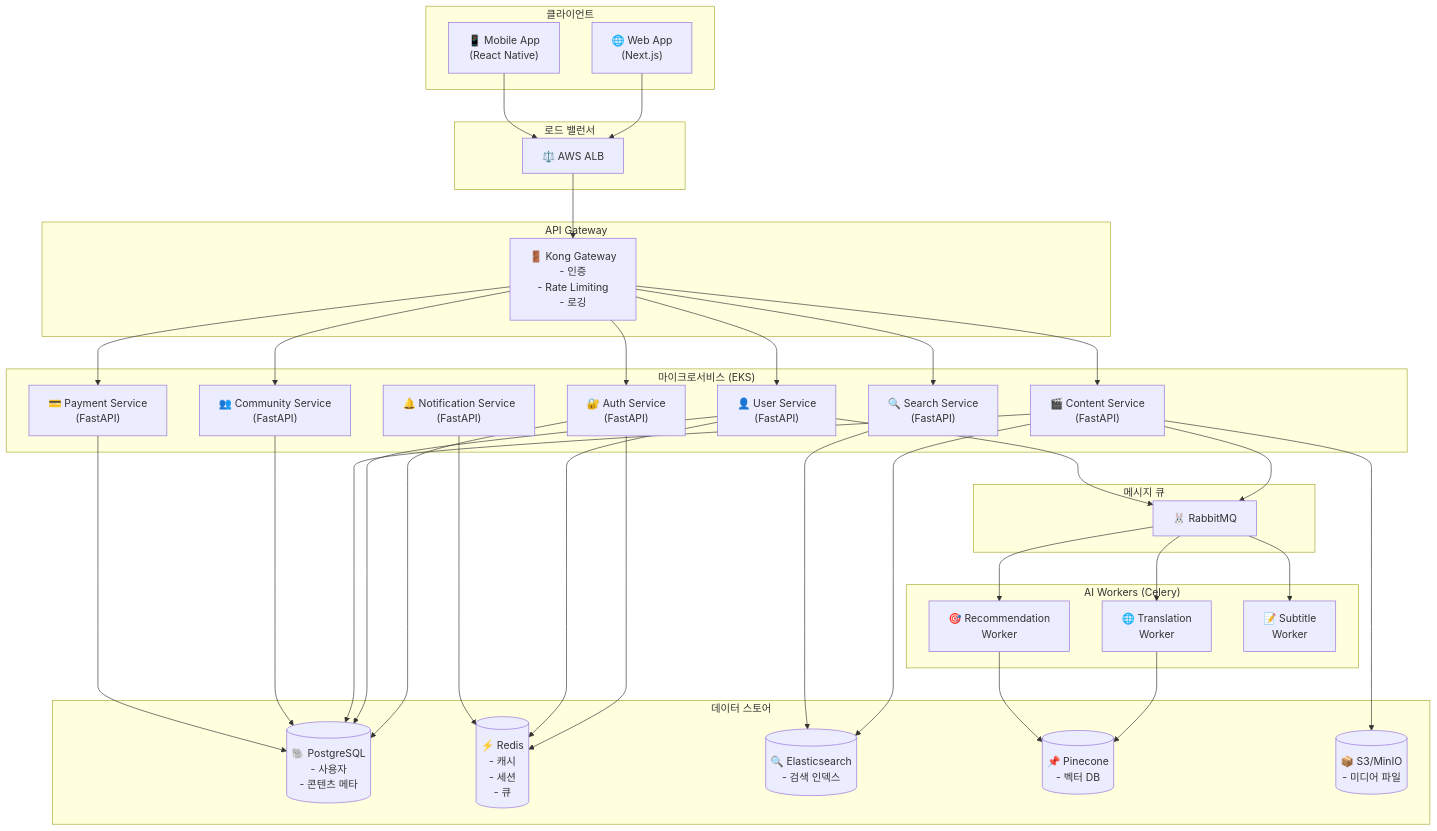
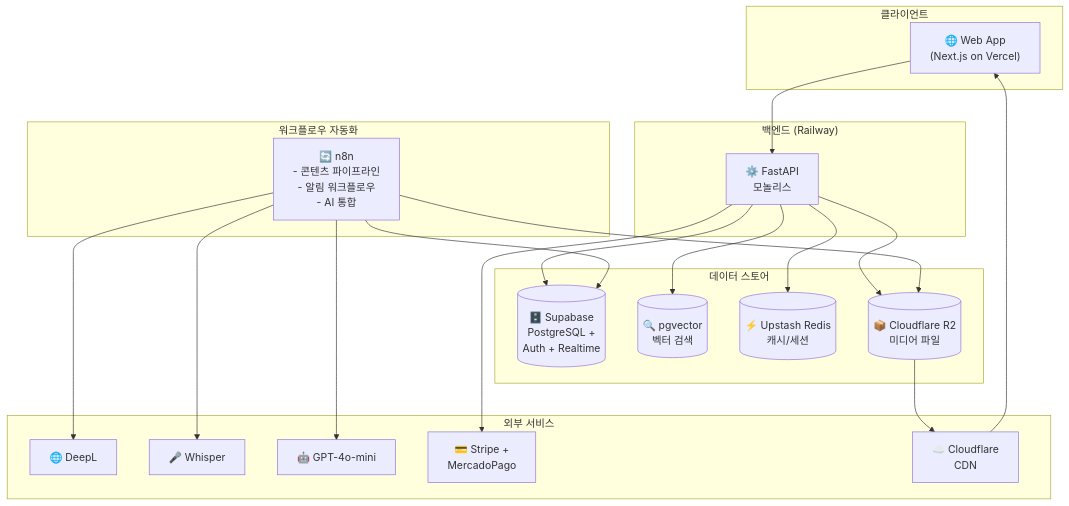
The second of 9 diagrams in docs/specs/ARCHITECTURE.md (Prometheus-P/OndaCoreana), drawn with Mermaid before and after one commit. The commit also changed other lines of this file and 3 other files, not shown here.

````diff
--- a/docs/specs/ARCHITECTURE.md
+++ b/docs/specs/ARCHITECTURE.md
@@ -76,75 +79,46 @@
 ```mermaid
 graph TB
     subgraph Clients["클라이언트"]
-        WebApp["🌐 Web App<br/>(Next.js)"]
-        MobileApp["📱 Mobile App<br/>(React Native)"]
+        WebApp["🌐 Web App<br/>(Next.js on Vercel)"]
     end
 
-    subgraph LoadBalancer["로드 밸런서"]
-        ALB["⚖️ AWS ALB"]
+    subgraph Backend["백엔드 (Railway)"]
+        API["⚙️ FastAPI<br/>모놀리스"]
     end
 
-    subgraph APIGateway["API Gateway"]
-        Kong["🚪 Kong Gateway<br/>- 인증<br/>- Rate Limiting<br/>- 로깅"]
-    end
-
-    subgraph Services["마이크로서비스 (EKS)"]
-        AuthService["🔐 Auth Service<br/>(FastAPI)"]
-        UserService["👤 User Service<br/>(FastAPI)"]
-        ContentService["🎬 Content Service<br/>(FastAPI)"]
-        CommunityService["👥 Community Service<br/>(FastAPI)"]
-        PaymentService["💳 Payment Service<br/>(FastAPI)"]
-        NotificationService["🔔 Notification Service<br/>(FastAPI)"]
-        SearchService["🔍 Search Service<br/>(FastAPI)"]
-    end
-
-    subgraph Workers["AI Workers (Celery)"]
-        TranslationWorker["🌐 Translation<br/>Worker"]
-        RecommendationWorker["🎯 Recommendation<br/>Worker"]
-        SubtitleWorker["📝 Subtitle<br/>Worker"]
+    subgraph Automation["워크플로우 자동화"]
+        n8n["🔄 n8n<br/>- 콘텐츠 파이프라인<br/>- 알림 워크플로우<br/>- AI 통합"]
     end
 
     subgraph DataStores["데이터 스토어"]
-        PostgreSQL[("🐘 PostgreSQL<br/>- 사용자<br/>- 콘텐츠 메타")]
-        Redis[("⚡ Redis<br/>- 캐시<br/>- 세션<br/>- 큐")]
-        Elasticsearch[("🔍 Elasticsearch<br/>- 검색 인덱스")]
-        Pinecone[("📌 Pinecone<br/>- 벡터 DB")]
-        S3[("📦 S3/MinIO<br/>- 미디어 파일")]
+        Supabase[("🗄️ Supabase<br/>PostgreSQL +<br/>Auth + Realtime")]
+        pgvector[("🔍 pgvector<br/>벡터 검색")]
+        Redis[("⚡ Upstash Redis<br/>캐시/세션")]
+        R2[("📦 Cloudflare R2<br/>미디어 파일")]
     end
 
-    subgraph MessageQueue["메시지 큐"]
-        RabbitMQ["🐰 RabbitMQ"]
+    subgraph External["외부 서비스"]
+        DeepL["🌐 DeepL"]
+        Whisper["🎤 Whisper"]
+        OpenAI["🤖 GPT-4o-mini"]
+        Payment["💳 Stripe +<br/>MercadoPago"]
+        Cloudflare["☁️ Cloudflare<br/>CDN"]
     end
 
-    WebApp --> ALB
-    MobileApp --> ALB
-    ALB --> Kong
+    WebApp --> API
 
-    Kong --> AuthService
-    Kong --> UserService
-    Kong --> ContentService
-    Kong --> CommunityService
-    Kong --> PaymentService
-    Kong --> SearchService
+    API --> Supabase
+    API --> pgvector
+    API --> Redis
+    API --> R2
+    API --> Payment
 
-    AuthService --> PostgreSQL
-    AuthService --> Redis
-    UserService --> PostgreSQL
-    UserService --> Redis
-    ContentService --> PostgreSQL
-    ContentService --> S3
-    ContentService --> Elasticsearch
-    CommunityService --> PostgreSQL
-    PaymentService --> PostgreSQL
-    SearchService --> Elasticsearch
-    NotificationService --> Redis
+    n8n --> Supabase
+    n8n --> R2
+    n8n --> DeepL
+    n8n --> Whisper
+    n8n --> OpenAI
 
-    ContentService --> RabbitMQ
-    RabbitMQ --> TranslationWorker
-    RabbitMQ --> SubtitleWorker
-    UserService --> RabbitMQ
-    RabbitMQ --> RecommendationWorker
-
-    TranslationWorker --> Pinecone
-    RecommendationWorker --> Pinecone
+    R2 --> Cloudflare
+    Cloudflare --> WebApp
 ```
````
